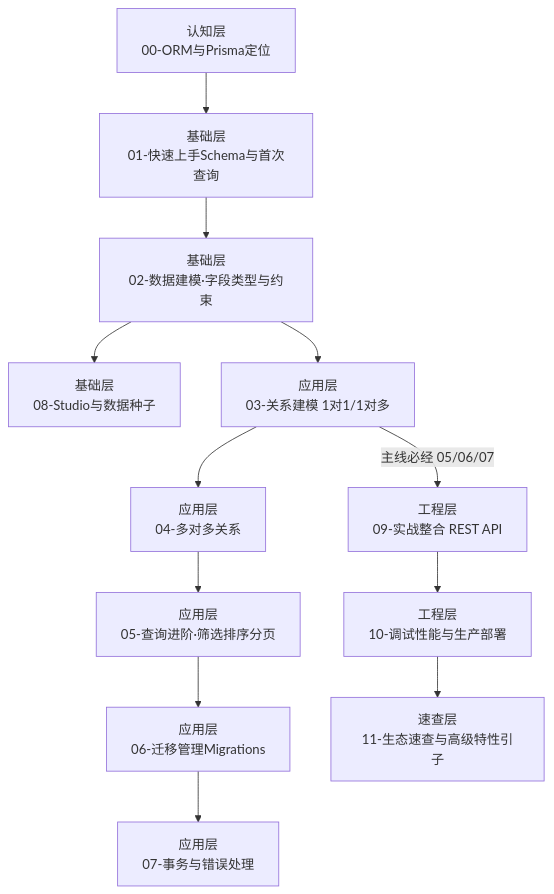
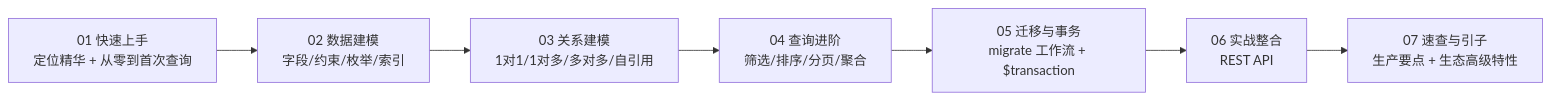
The diagram in src/server/db/prisma/readme.md (belos-street/kb-vault), drawn with Mermaid before and after one commit. The commit also changed other lines of this file and 18 other files, not shown here.

````diff
--- a/src/server/db/prisma/readme.md
+++ b/src/server/db/prisma/readme.md
@@ -29,27 +29,9 @@
 ```mermaid
-graph TB
-  L0["认知层<br/>00-ORM与Prisma定位"]
-  L1["基础层<br/>01-快速上手Schema与首次查询"]
-  L1B["基础层<br/>02-数据建模·字段类型与约束"]
-  L1C["基础层<br/>08-Studio与数据种子"]
-  L2["应用层<br/>03-关系建模 1对1/1对多"]
-  L2B["应用层<br/>04-多对多关系"]
-  L2C["应用层<br/>05-查询进阶·筛选排序分页"]
-  L2D["应用层<br/>06-迁移管理Migrations"]
-  L2E["应用层<br/>07-事务与错误处理"]
-  L3["工程层<br/>09-实战整合 REST API"]
-  L3B["工程层<br/>10-调试性能与生产部署"]
-  L4["速查层<br/>11-生态速查与高级特性引子"]
-
-  L0 --> L1
-  L1 --> L1B
-  L1B --> L2
-  L2 --> L2B
-  L2B --> L2C
-  L2C --> L2D
-  L2D --> L2E
-  L1B --> L1C
-  L2 -->|主线必经 05/06/07| L3
-  L3 --> L3B
-  L3B --> L4
+graph LR
+  A["01 快速上手<br/>定位精华 + 从零到首次查询"] --> B["02 数据建模<br/>字段/约束/枚举/索引"]
+  B --> C["03 关系建模<br/>1对1/1对多/多对多/自引用"]
+  C --> D["04 查询进阶<br/>筛选/排序/分页/聚合"]
+  D --> E["05 迁移与事务<br/>migrate 工作流 + $transaction"]
+  E --> F["06 实战整合<br/>REST API"]
+  F --> G["07 速查与引子<br/>生产要点 + 生态高级特性"]
 ```
````
